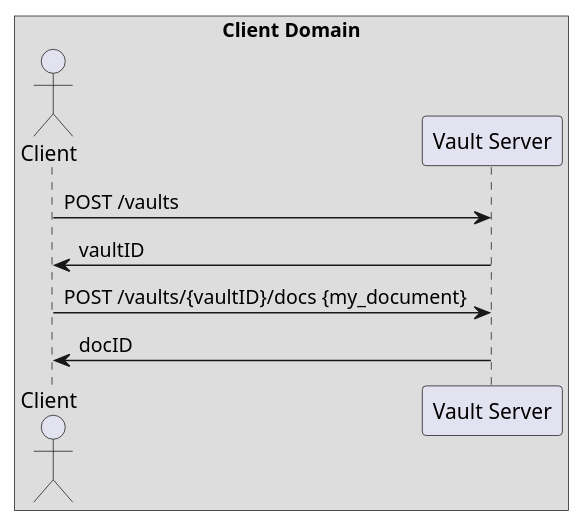
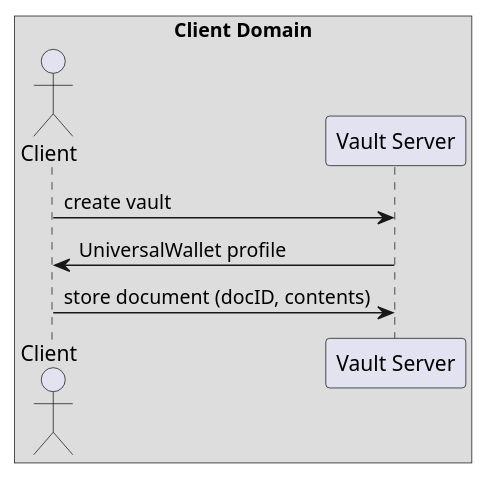
One commit to llorllale/ssn changed the diagram in puml/overview_vaults.puml. Above: the diagram before and after it, drawn with PlantUML. The commit also changed 4 other files, not shown here.

Commit message:
updates to overview flows

```diff
--- a/puml/overview_vaults.puml
+++ b/puml/overview_vaults.puml
@@ -1,13 +1,12 @@
 @startuml
 
 box "Client Domain"
   actor Client as client
   participant "Vault Server" as vaults
 end box
 
-client -> vaults : POST /vaults
-vaults -> client : vaultID
-client -> vaults : POST /vaults/{vaultID}/docs {my_document}
-vaults -> client : docID
+client -> vaults : create vault
+vaults -> client : UniversalWallet profile
+client -> vaults : store document (docID, contents)
 
 @enduml
```
